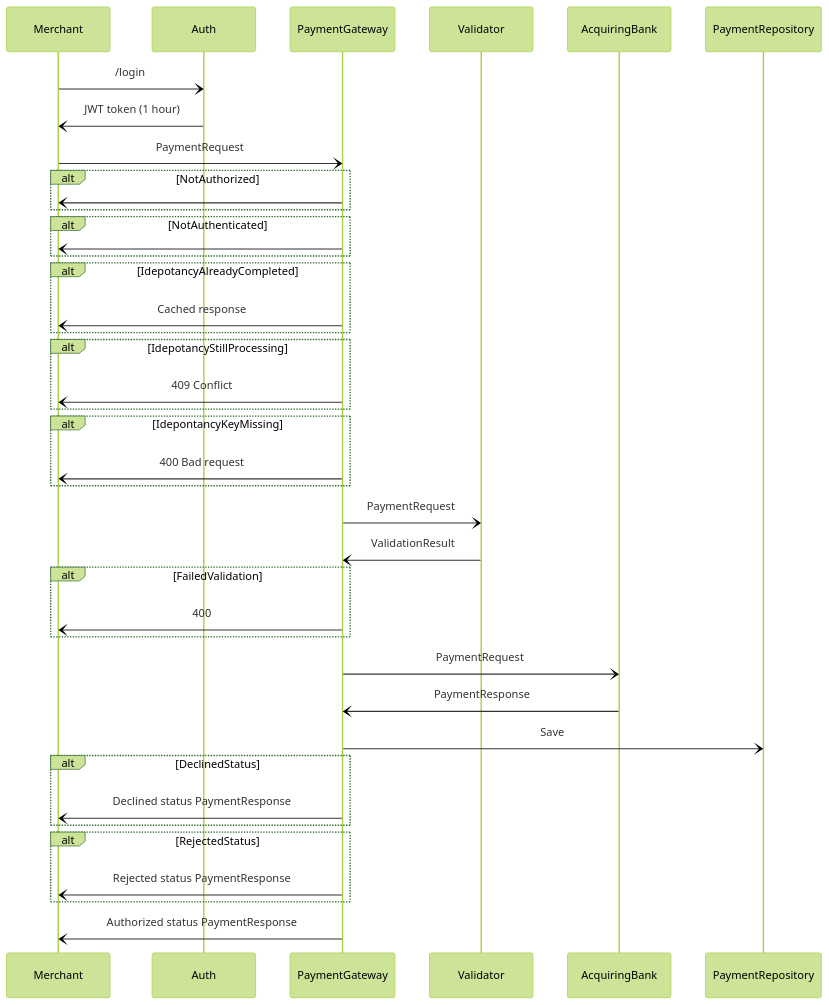
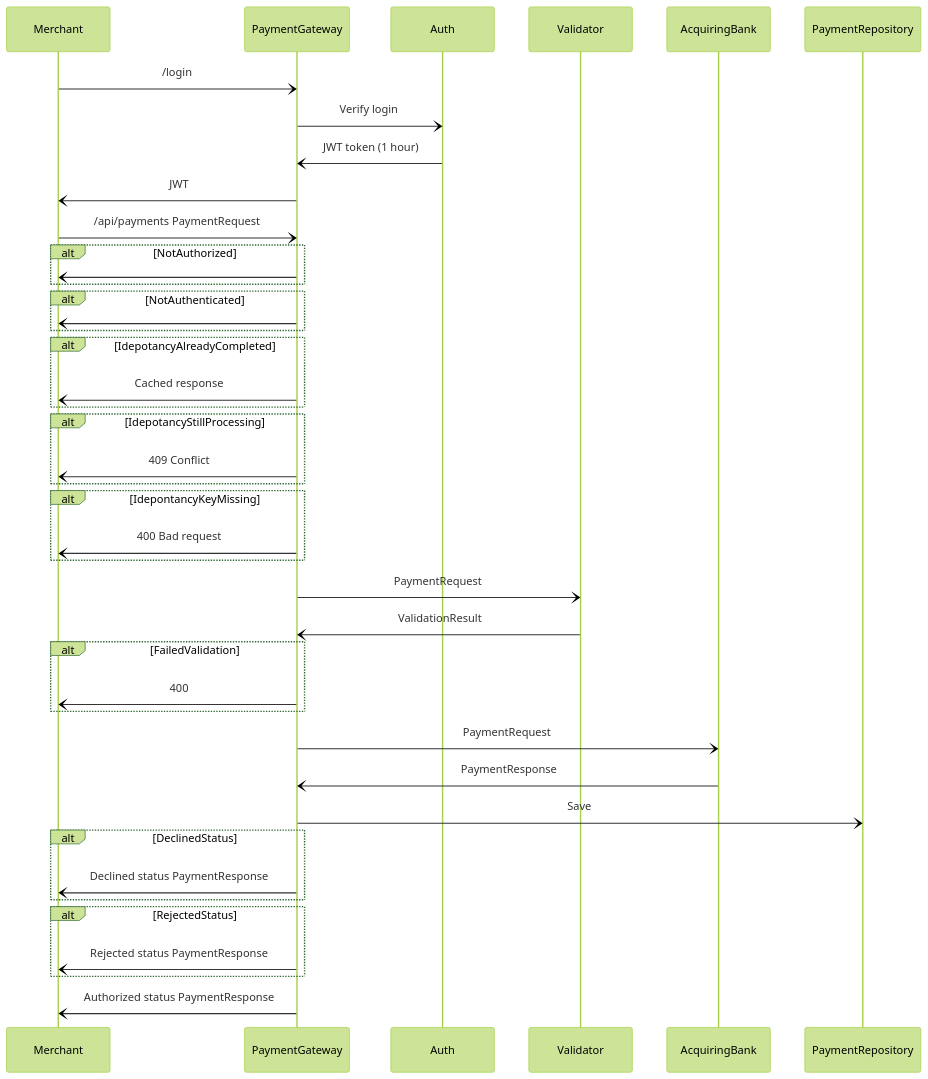
The diagram in README.md (karldcodes/checkoutdemo), drawn with Mermaid (forest theme) before and after one commit.

````diff
--- a/README.md
+++ b/README.md
@@ -4,41 +4,43 @@
 ```mermaid
 sequenceDiagram
-    Merchant-)Auth: /login
-    Auth-)Merchant: JWT token (1 hour)
-    Merchant-)PaymentGateway: PaymentRequest
+    Merchant-)PaymentGateway: /login
+    PaymentGateway-)Auth: Verify login
+    Auth-)PaymentGateway: JWT token (1 hour)
+    PaymentGateway-)Merchant: JWT
+    Merchant-)PaymentGateway: /api/payments PaymentRequest
     alt NotAuthorized
         PaymentGateway-)Merchant:
     end
     alt NotAuthenticated
         PaymentGateway-)Merchant:
     end
     alt IdepotancyAlreadyCompleted
         PaymentGateway-)Merchant: Cached response
     end
     alt IdepotancyStillProcessing
         PaymentGateway-)Merchant: 409 Conflict
     end
     alt IdepontancyKeyMissing
         PaymentGateway-)Merchant: 400 Bad request
     end
 
     PaymentGateway-)Validator: PaymentRequest
     Validator-)PaymentGateway: ValidationResult
     alt FailedValidation
         PaymentGateway-)Merchant: 400
     end
 
     PaymentGateway-)AcquiringBank: PaymentRequest
     AcquiringBank-)PaymentGateway: PaymentResponse
     PaymentGateway-)PaymentRepository: Save
 
     alt DeclinedStatus
         PaymentGateway-)Merchant: Declined status PaymentResponse
     end
 
     alt RejectedStatus
         PaymentGateway-)Merchant: Rejected status PaymentResponse
     end
 
     PaymentGateway-)Merchant: Authorized status PaymentResponse
 ```
````
